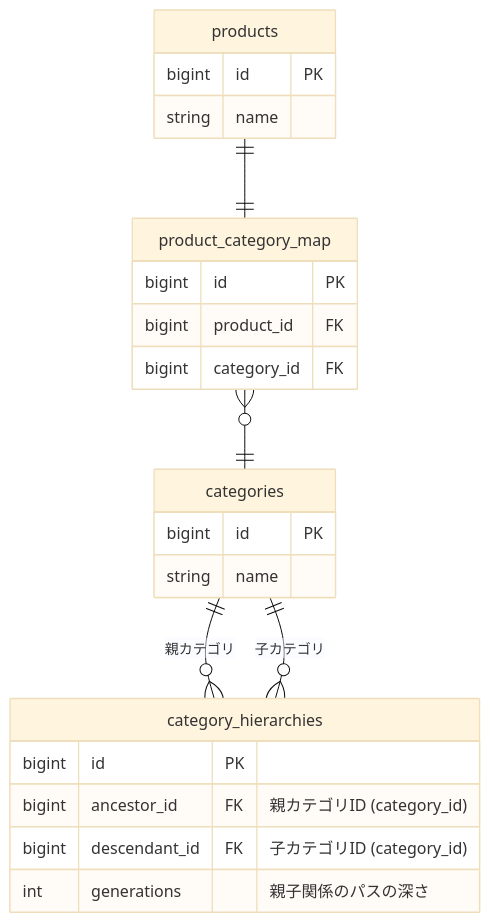
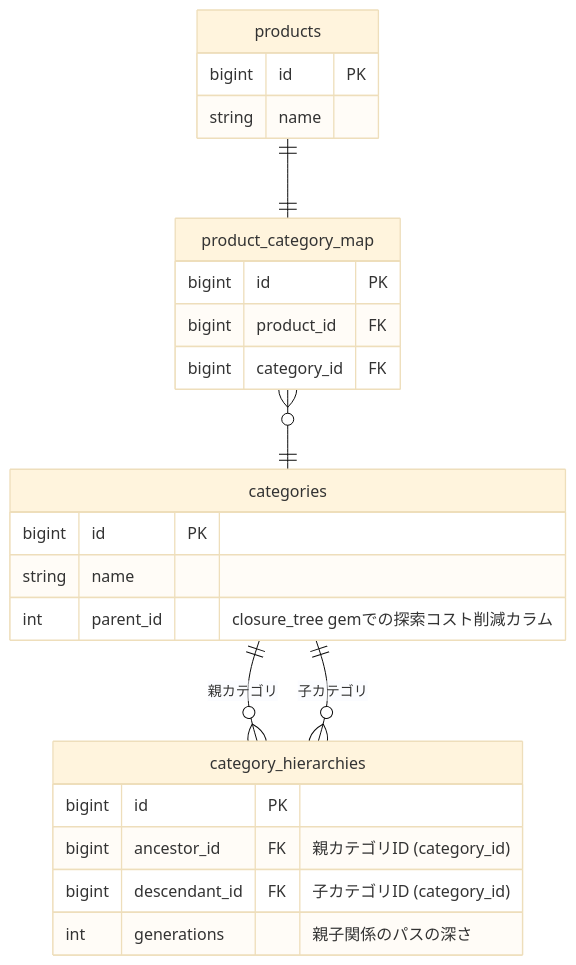
Before and after one commit to kuroweb/price-monitoring: the second of 11 diagrams in README.md, drawn with Mermaid (base theme).

````diff
--- a/README.md
+++ b/README.md
@@ -70,27 +70,28 @@
 ```mermaid
 erDiagram
   products {
     bigint id PK
     string name
   }
   product_category_map {
     bigint id PK
     bigint product_id FK
     bigint category_id FK
   }
   categories {
     bigint id PK
     string name
+    int parent_id "closure_tree gemでの探索コスト削減カラム"
   }
   category_hierarchies {
     bigint id PK
     bigint ancestor_id FK "親カテゴリID (category_id)"
     bigint descendant_id FK "子カテゴリID (category_id)"
     int generations "親子関係のパスの深さ"
   }
 
   products ||--|| product_category_map : ""
   product_category_map }o--|| categories : ""
   categories ||--o{ category_hierarchies : "親カテゴリ"
   categories ||--o{ category_hierarchies : "子カテゴリ"
 ```
````
